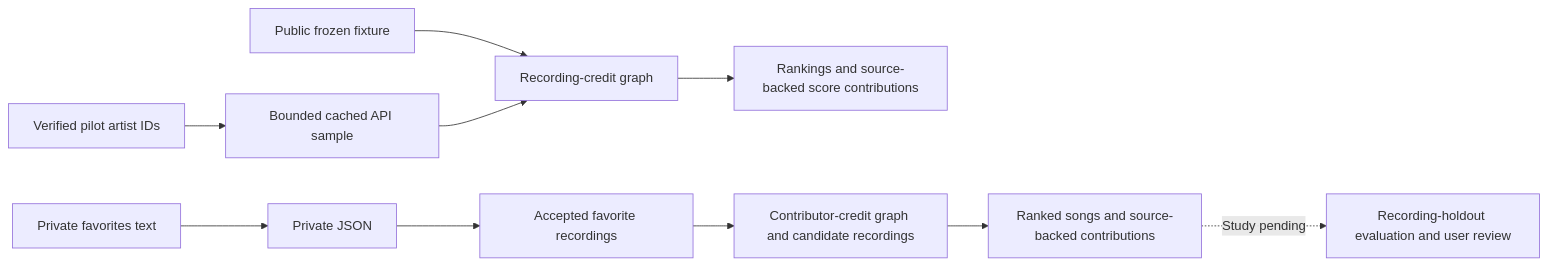
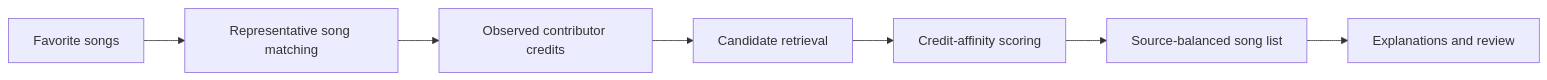
Before and after one commit to jszala/music_recommender: the diagram in README.md, drawn with Mermaid. The commit also changed other lines of this file and 33 other files, not shown here.

````diff
--- a/README.md
+++ b/README.md
@@ -243,12 +30,9 @@
 ```mermaid
 flowchart LR
-    A[Private favorites text] --> B[Private JSON]
-    B --> C[Accepted favorite recordings]
-    F[Public frozen fixture] --> D[Recording-credit graph]
-    H[Verified pilot artist IDs] --> I[Bounded cached API sample]
-    I --> D
-    D --> E[Rankings and source-backed score contributions]
-    C --> J[Contributor-credit graph and candidate recordings]
-    J --> K[Ranked songs and source-backed contributions]
-    K -. Study pending .-> G[Recording-holdout evaluation and user review]
+    A[Favorite songs] --> B[Representative song matching]
+    B --> C[Observed contributor credits]
+    C --> D[Candidate retrieval]
+    D --> E[Credit-affinity scoring]
+    E --> F[Source-balanced song list]
+    F --> G[Explanations and review]
 ```
````
